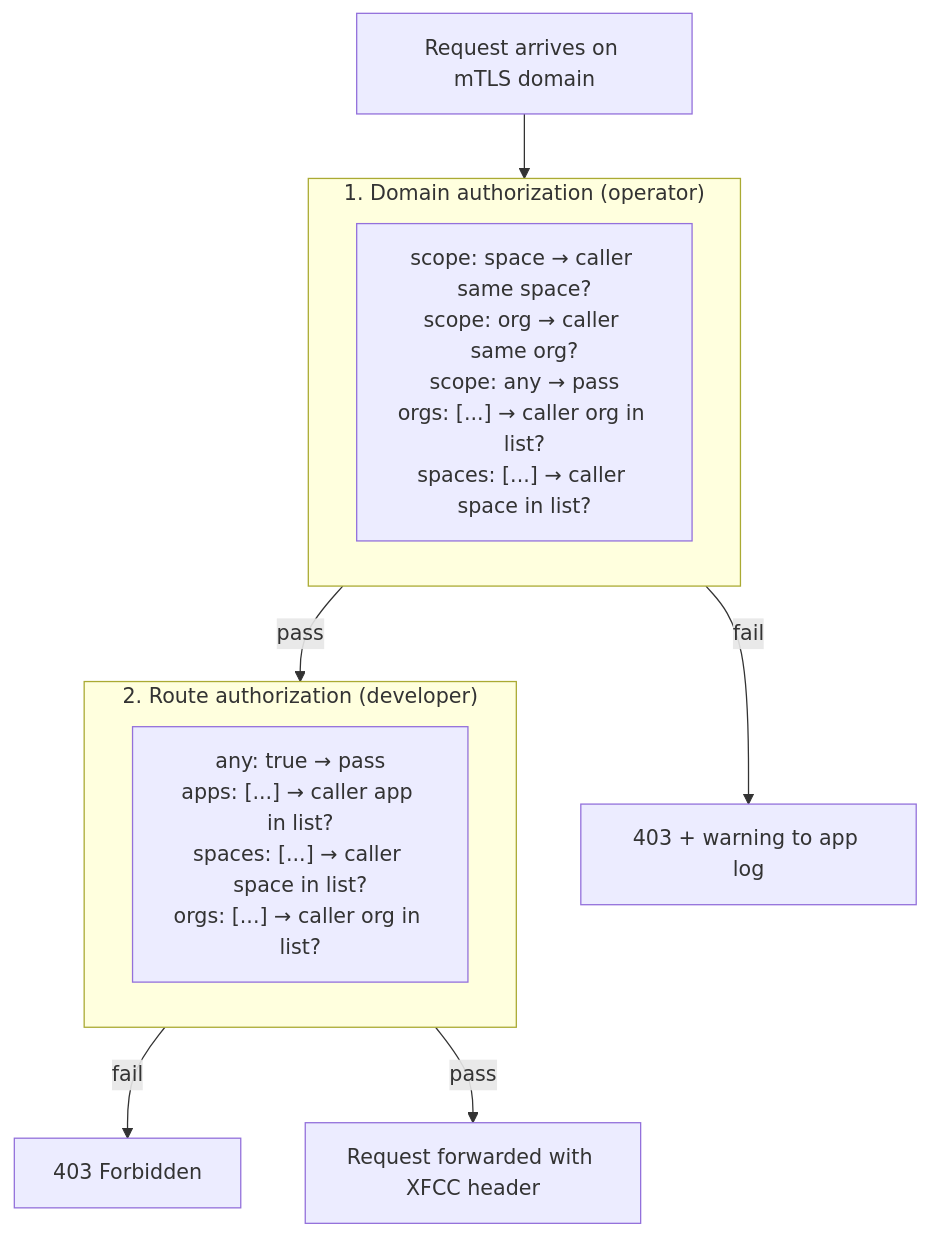
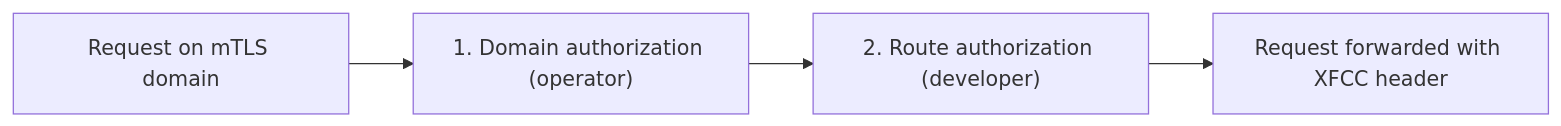
Before and after one commit to cloudfoundry/community: the second of 2 diagrams in toc/rfc/rfc-draft-app-to-app-mtls-routing.md, drawn with Mermaid. The commit also changed other lines of this file, not shown here.

First line of the commit message:
Update RFC: simplify structure, use flat route options format

````diff
--- a/toc/rfc/rfc-draft-app-to-app-mtls-routing.md
+++ b/toc/rfc/rfc-draft-app-to-app-mtls-routing.md
@@ -158,18 +158,6 @@
 ```mermaid
-flowchart TD
-    A[Request arrives on mTLS domain] --> B
-
-    subgraph B["1. Domain authorization (operator)"]
-        B1["scope: space → caller same space?<br/>scope: org → caller same org?<br/>scope: any → pass<br/>orgs: [...] → caller org in list?<br/>spaces: [...] → caller space in list?"]
-    end
-
-    B -->|fail| D1[403 + warning to app log]
-    B -->|pass| C
-
-    subgraph C["2. Route authorization (developer)"]
-        C1["any: true → pass<br/>apps: [...] → caller app in list?<br/>spaces: [...] → caller space in list?<br/>orgs: [...] → caller org in list?"]
-    end
-
-    C -->|fail| D2[403 Forbidden]
-    C -->|pass| E[Request forwarded with XFCC header]
+flowchart LR
+    A[Request on mTLS domain] --> B["1. Domain authorization (operator)"]
+    B --> C["2. Route authorization (developer)"]
+    C --> D[Request forwarded with XFCC header]
 ```
````
